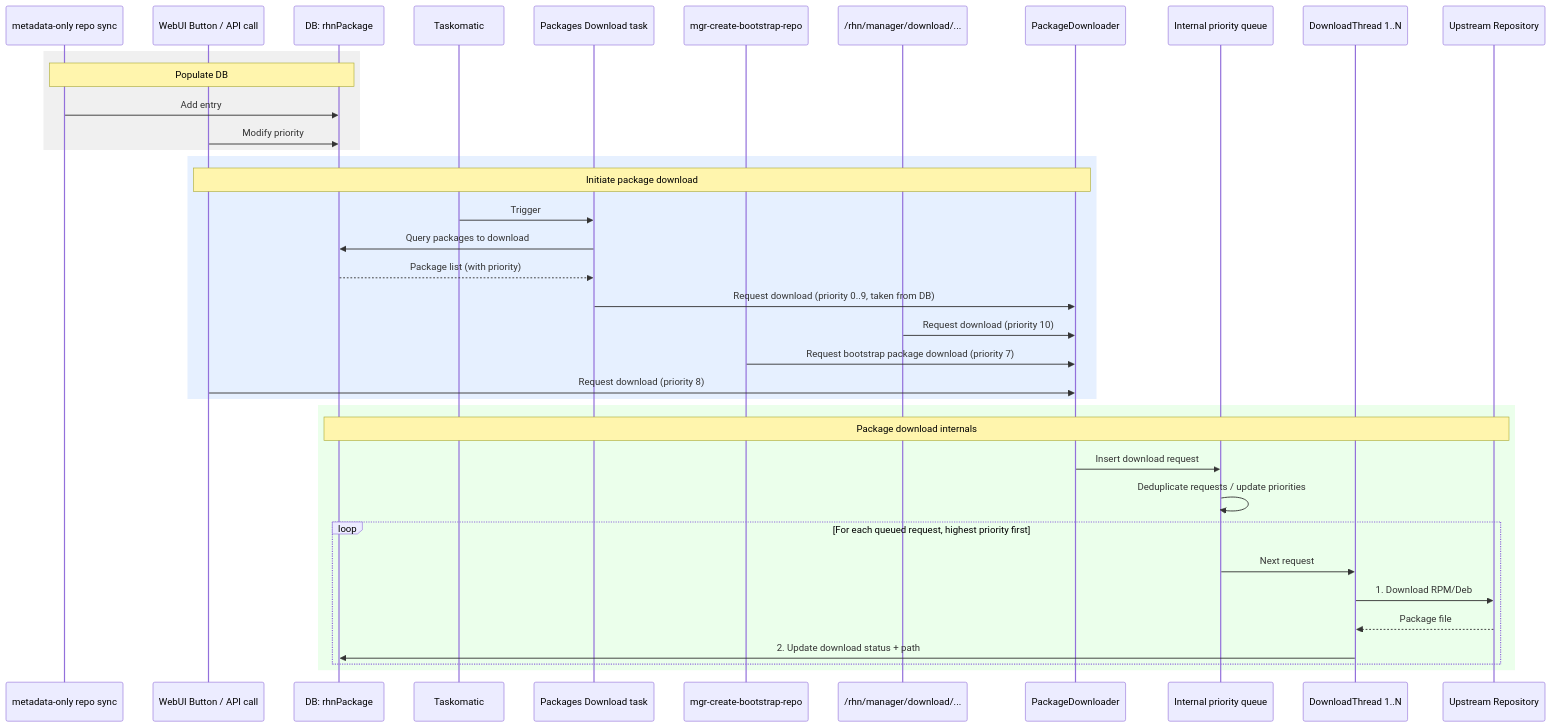
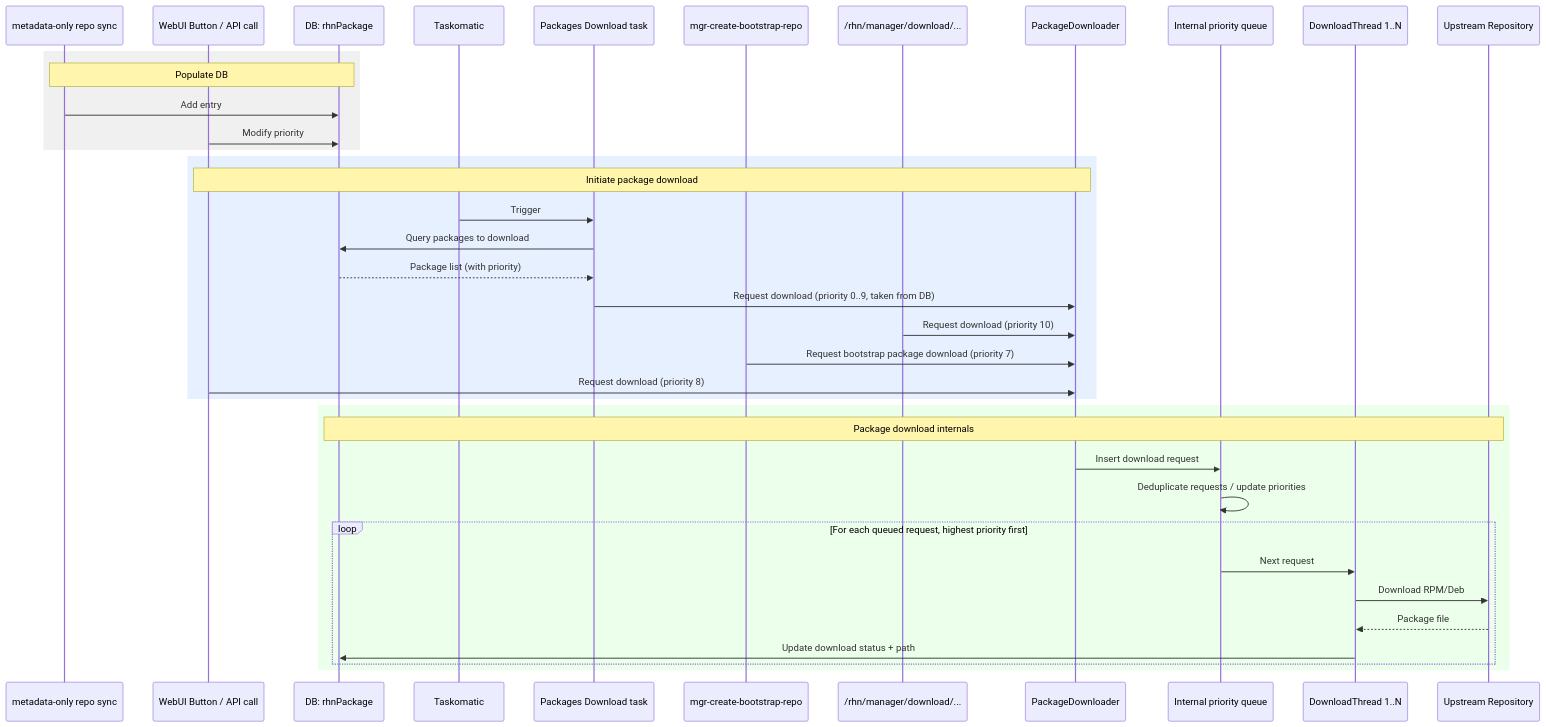
The second of 2 diagrams in diagrams2.md (agraul/uyuni), drawn with Mermaid before and after one commit. The commit also changed other lines of this file, not shown here.

Commit message:
update diagrams

````diff
--- a/diagrams2.md
+++ b/diagrams2.md
@@ -47,43 +47,43 @@
 ```mermaid
 sequenceDiagram
     participant Reposync as metadata-only repo sync
     participant WebUI as WebUI Button / API call
     participant DB as DB: rhnPackage
     participant Taskomatic
     participant Task as Packages Download task
     participant Bootstrap as mgr-create-bootstrap-repo
     participant Endpoint as /rhn/manager/download/...
     participant Downloader as PackageDownloader
     participant Queue as Internal priority queue
     participant Thread as DownloadThread 1..N
     participant Upstream as Upstream Repository
 
     rect rgb(240, 240, 240)
     Note over Reposync,DB: Populate DB
     Reposync->>DB: Add entry
     WebUI->>DB: Modify priority
     end
 
     rect rgb(230, 240, 255)
     Note over WebUI,Downloader: Initiate package download
     Taskomatic->>Task: Trigger
     Task->>DB: Query packages to download
     DB-->>Task: Package list (with priority)
     Task->>Downloader: Request download (priority 0..9, taken from DB)
     Endpoint->>Downloader: Request download (priority 10)
     Bootstrap->>Downloader: Request bootstrap package download (priority 7)
     WebUI->>Downloader: Request download (priority 8)
     end
 
     rect rgb(235, 255, 235)
     Note over DB,Upstream: Package download internals
     Downloader->>Queue: Insert download request
     Queue->>Queue: Deduplicate requests / update priorities
     loop For each queued request, highest priority first
         Queue->>Thread: Next request
-        Thread->>Upstream: 1. Download RPM/Deb
+        Thread->>Upstream: Download RPM/Deb
         Upstream-->>Thread: Package file
-        Thread->>DB: 2. Update download status + path
+        Thread->>DB: Update download status + path
     end
     end
 ```
````
